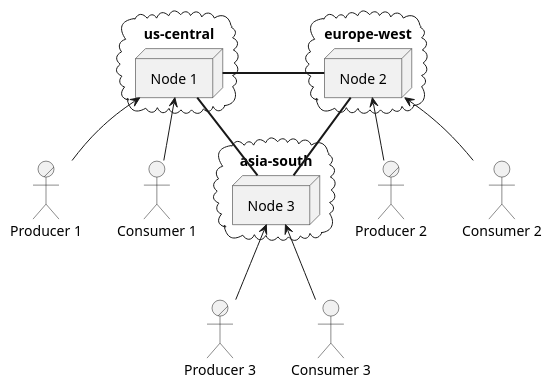
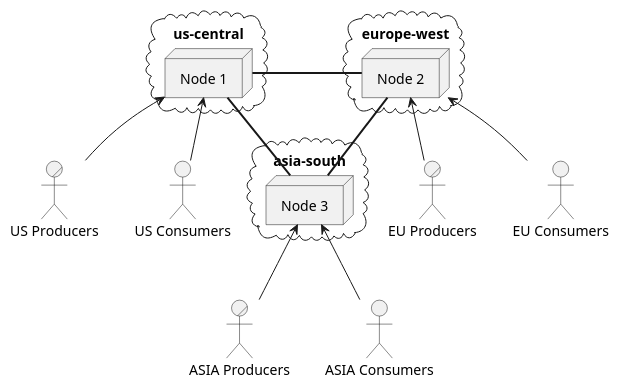
The diagram in diagrams/depl.puml (Marcel-MD/geo-distributed-message-broker), drawn with PlantUML before and after one commit. The commit also changed 5 other files, not shown here.

Commit message:
Update diagrams

```diff
--- a/diagrams/depl.puml
+++ b/diagrams/depl.puml
@@ -1,35 +1,35 @@
 @startuml
 
-actor/ "Producer 1" as P1
-actor/ "Producer 2" as P2
-actor/ "Producer 3" as P3
+actor/ "US Producers" as P1
+actor/ "EU Producers" as P2
+actor/ "ASIA Producers" as P3
 
-actor "Consumer 1" as C1
-actor "Consumer 2" as C2
-actor "Consumer 3" as C3
+actor "US Consumers" as C1
+actor "EU Consumers" as C2
+actor "ASIA Consumers" as C3
 
 
 cloud us-central {
   node "Node 1" as N1
 }
 cloud europe-west {
   node "Node 2" as N2
 }
 cloud asia-south {
   node "Node 3" as N3
 }
 
 N1 = N2
 N2 == N3
 N3 == N1
 
 N1 <-- P1
 N1 <-- C1
 
 N2 <-- P2
 N2 <-- C2
 
 P3 -up-> N3
 C3 -up-> N3
 
 @enduml
```
